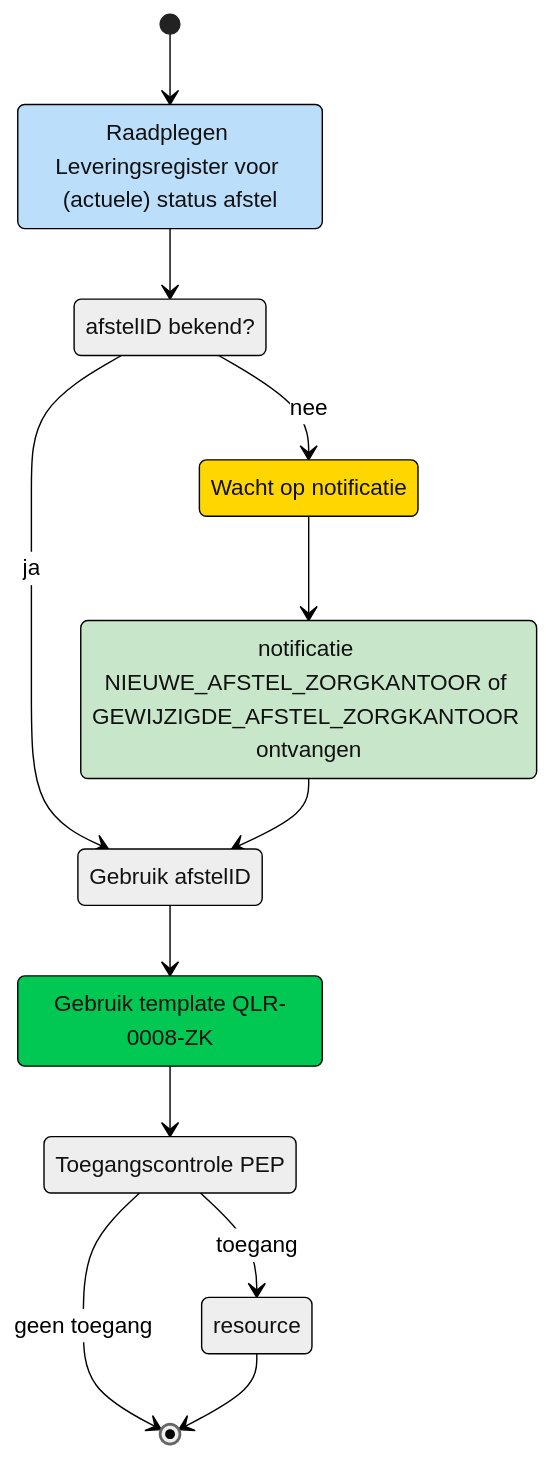
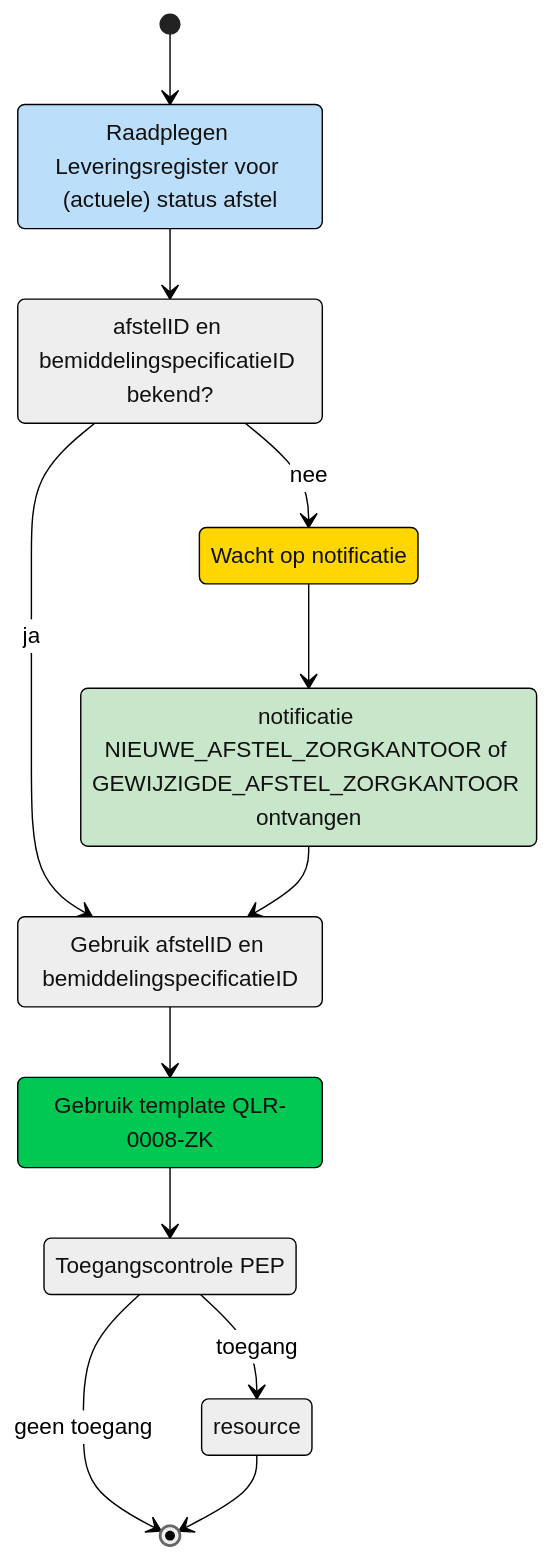
Before and after one commit to iStandaarden/iWlz-levering: the second of 2 diagrams in raadplegen/zorgkantoor/UCLR-0008-raadplegen.md, drawn with Mermaid. The commit also changed other lines of this file and 3 other files, not shown here.

````diff
--- a/raadplegen/zorgkantoor/UCLR-0008-raadplegen.md
+++ b/raadplegen/zorgkantoor/UCLR-0008-raadplegen.md
@@ -53,32 +53,32 @@
 ```mermaid
 ---
 config:
   theme: neutral
   look: classic
 ---
 stateDiagram
   direction TB
   [*] --> raadplegen
   idAvailable --> notifyWait:nee
   idAvailable --> QBR0001ZAiq:ja
   notifyWait --> notifyReceive
   notifyReceive --> QBR0001ZAiq
   QBR0001ZAiq --> QBR0001ZA
   QBR0001ZA --> PEP
   PEP --> [*]:geen toegang
   PEP --> resource:toegang
   resource --> [*]
   raadplegen --> idAvailable
   raadplegen:Raadplegen Leveringsregister voor (actuele) status afstel
-  idAvailable:afstelID bekend?
+  idAvailable:afstelID en bemiddelingspecificatieID bekend?
   notifyWait:Wacht op notificatie
-  QBR0001ZAiq:Gebruik afstelID
+  QBR0001ZAiq:Gebruik afstelID en bemiddelingspecificatieID
   notifyReceive:notificatie NIEUWE_AFSTEL_ZORGKANTOOR of GEWIJZIGDE_AFSTEL_ZORGKANTOOR ontvangen
   QBR0001ZA:Gebruik template QLR-0008-ZK
   PEP:Toegangscontrole PEP
   style raadplegen fill:#BBDEFB,color:none
   style notifyWait fill:#FFD600
   style notifyReceive fill:#C8E6C9
   style QBR0001ZA fill:#00C853
 
 ```
````
